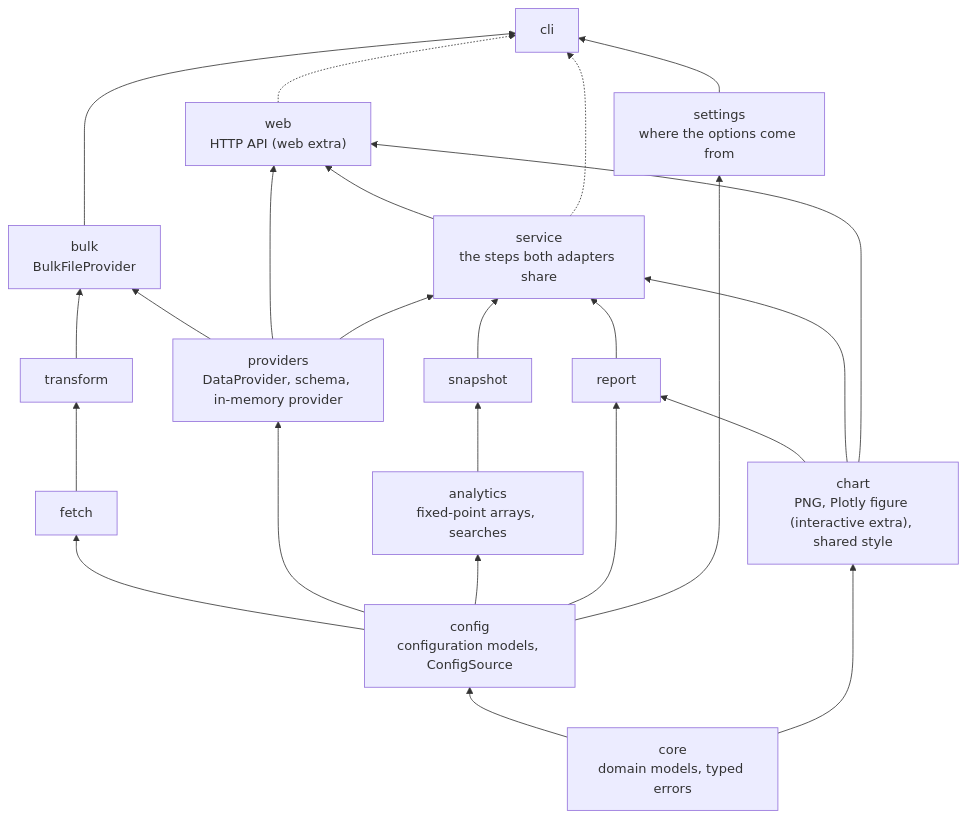
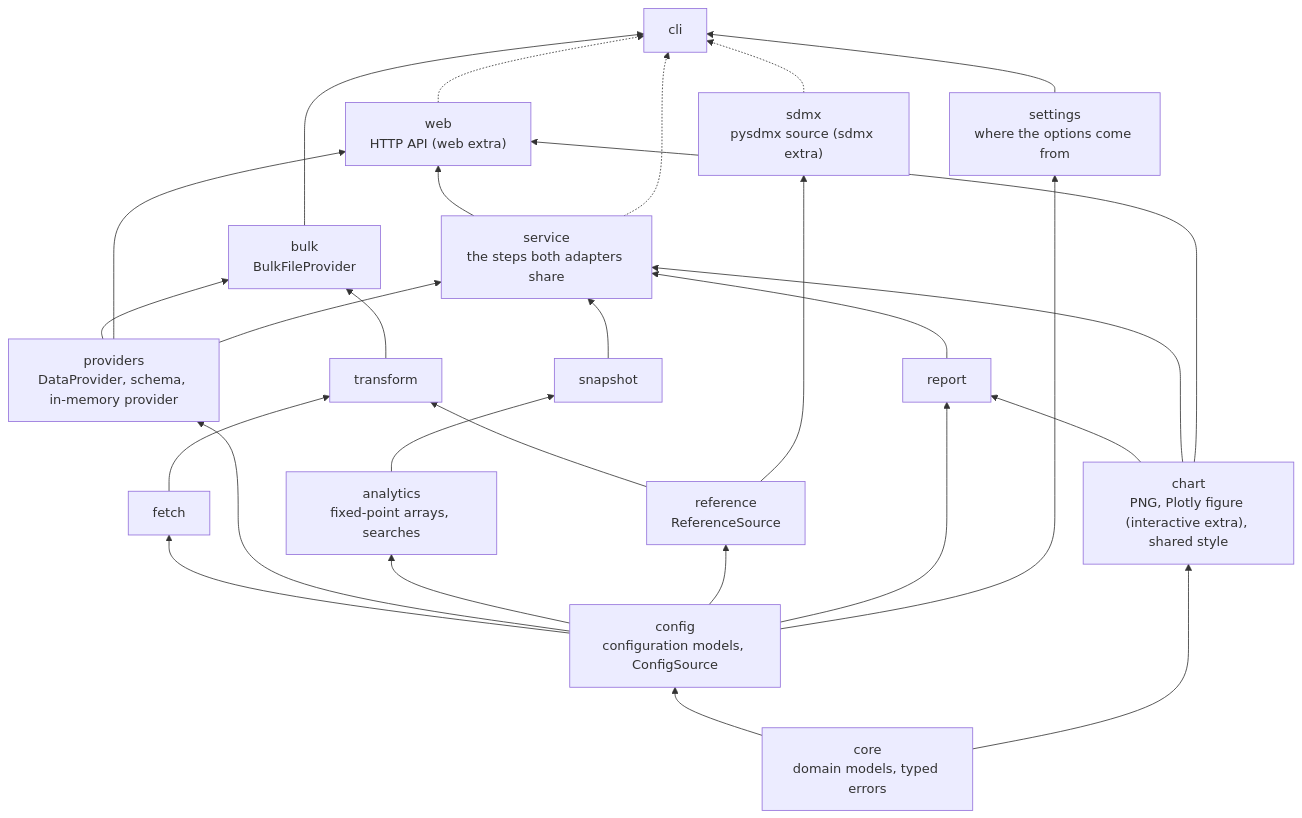
The second of 3 diagrams in docs/architecture.md (andrea-dm/policy-rate-monitor), drawn with Mermaid before and after one commit. The commit also changed other lines of this file and 23 other files, not shown here.

````diff
--- a/docs/architecture.md
+++ b/docs/architecture.md
@@ -36,41 +38,47 @@
 ```mermaid
 flowchart BT
     core["core<br/>domain models, typed errors"]
     config["config<br/>configuration models, ConfigSource"]
     fetch["fetch"]
     transform["transform"]
+    reference["reference<br/>ReferenceSource"]
+    sdmx["sdmx<br/>pysdmx source (sdmx extra)"]
     providers["providers<br/>DataProvider, schema, in-memory provider"]
     bulk["bulk<br/>BulkFileProvider"]
     analytics["analytics<br/>fixed-point arrays, searches"]
     snapshot["snapshot"]
     report["report"]
     service["service<br/>the steps both adapters share"]
     chart["chart<br/>PNG, Plotly figure (interactive extra), shared style"]
     web["web<br/>HTTP API (web extra)"]
     settings["settings<br/>where the options come from"]
     cli["cli"]
 
     core --> config
     config --> fetch
     config --> providers
     config --> analytics
     fetch --> transform
+    config --> reference
+    reference --> transform
+    reference --> sdmx
     transform --> bulk
     providers --> bulk
     analytics --> snapshot
     config --> report
     core --> chart
     providers --> web
     providers --> service
     snapshot --> service
     report --> service
     chart --> report
     chart --> service
     chart --> web
     service --> web
     service -.-> cli
     bulk --> cli
     web -.-> cli
+    sdmx -.-> cli
     config --> settings
     settings --> cli
 ```
````
